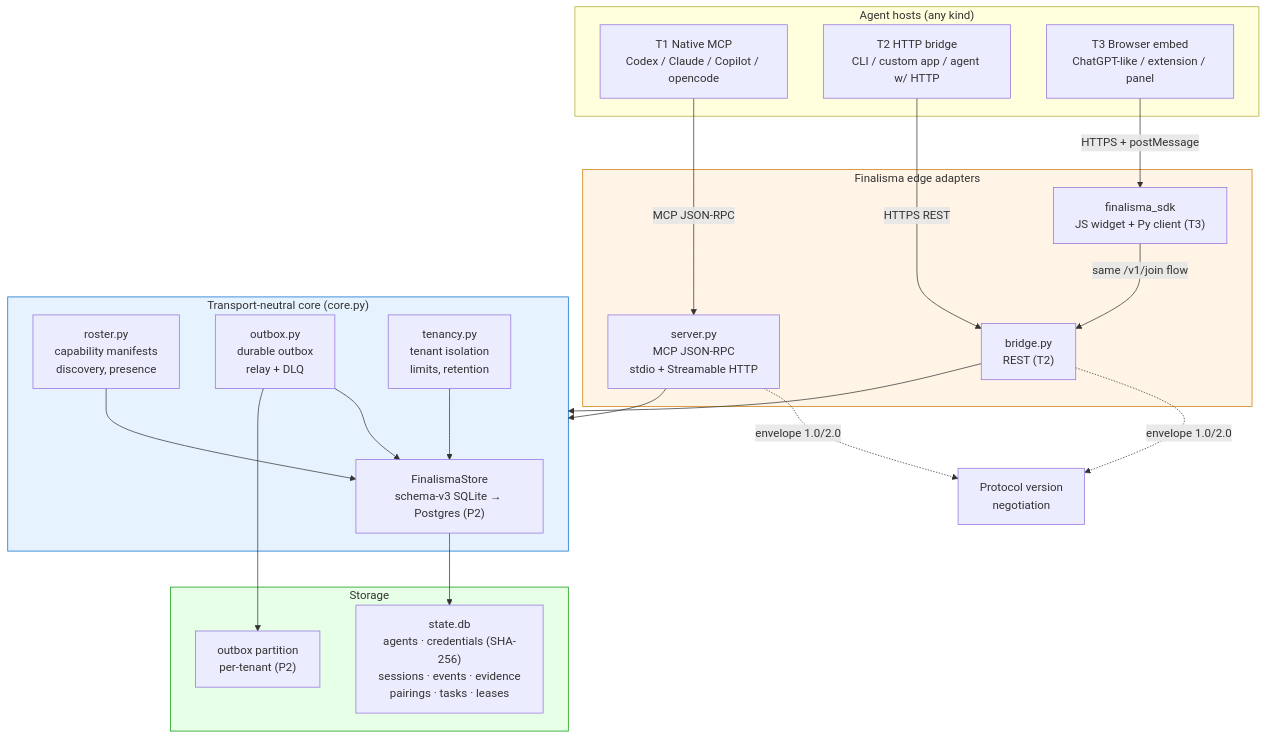
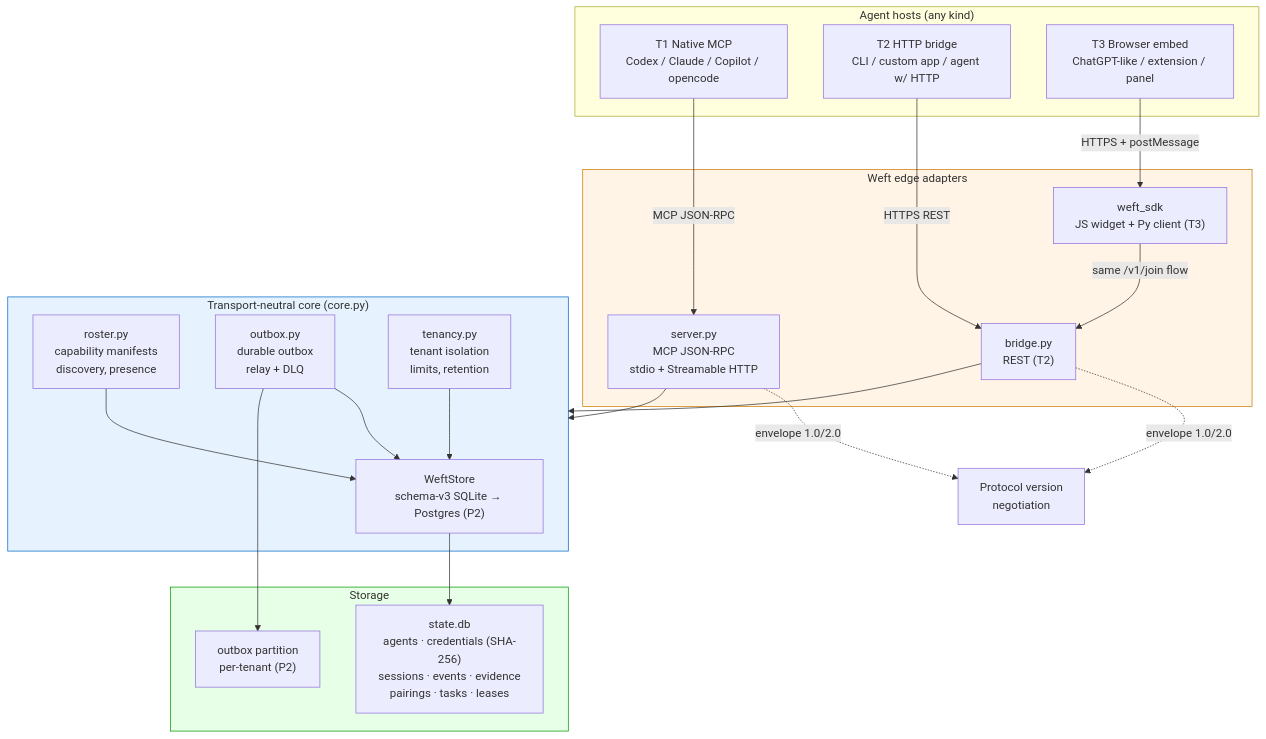
Before and after one commit to HyperionBurn/finalisma: the diagram in docs/NEXUS_ARCHITECTURE.md, drawn with Mermaid. The commit also changed other lines of this file and 130 other files, not shown here.

First line of the commit message:
rebrand(step4-6): user-visible copy Finalisma -> Weft across site, docs, web; rename demo assets; video wordmark

````diff
--- a/docs/NEXUS_ARCHITECTURE.md
+++ b/docs/NEXUS_ARCHITECTURE.md
@@ -413,48 +413,48 @@
 ```mermaid
 graph TB
     subgraph Hosts["Agent hosts (any kind)"]
         T1["T1 Native MCP<br/>Codex / Claude / Copilot / opencode"]
         T2["T2 HTTP bridge<br/>CLI / custom app / agent w/ HTTP"]
         T3["T3 Browser embed<br/>ChatGPT-like / extension / panel"]
     end
 
-    subgraph Edge["Finalisma edge adapters"]
+    subgraph Edge["Weft edge adapters"]
         MCP["server.py<br/>MCP JSON-RPC<br/>stdio + Streamable HTTP"]
         REST["bridge.py<br/>REST (T2)"]
-        JS["finalisma_sdk<br/>JS widget + Py client (T3)"]
+        JS["weft_sdk<br/>JS widget + Py client (T3)"]
     end
 
     subgraph Core["Transport-neutral core (core.py)"]
-        Store["FinalismaStore<br/>schema-v3 SQLite → Postgres (P2)"]
+        Store["WeftStore<br/>schema-v3 SQLite → Postgres (P2)"]
         Roster["roster.py<br/>capability manifests<br/>discovery, presence"]
         Outbox["outbox.py<br/>durable outbox<br/>relay + DLQ"]
         Tenancy["tenancy.py<br/>tenant isolation<br/>limits, retention"]
     end
 
     subgraph Storage["Storage"]
         DB["state.db<br/>agents · credentials (SHA-256)<br/>sessions · events · evidence<br/>pairings · tasks · leases"]
         OBOX["outbox partition<br/>per-tenant (P2)"]
     end
 
     T1 -->|MCP JSON-RPC| MCP
     T2 -->|HTTPS REST| REST
     T3 -->|HTTPS + postMessage| JS
 
     MCP --> Core
     REST --> Core
     JS -->|same /v1/join flow| REST
 
     Roster --> Store
     Outbox --> Store
     Tenancy --> Store
 
     Store --> DB
     Outbox --> OBOX
 
     MCP -.->|envelope 1.0/2.0| Ver["Protocol version<br/>negotiation"]
     REST -.->|envelope 1.0/2.0| Ver
 
     style Core fill:#e6f3ff,stroke:#0066cc
     style Edge fill:#fff4e6,stroke:#cc7a00
     style Storage fill:#e6ffe6,stroke:#009900
 ```
````
